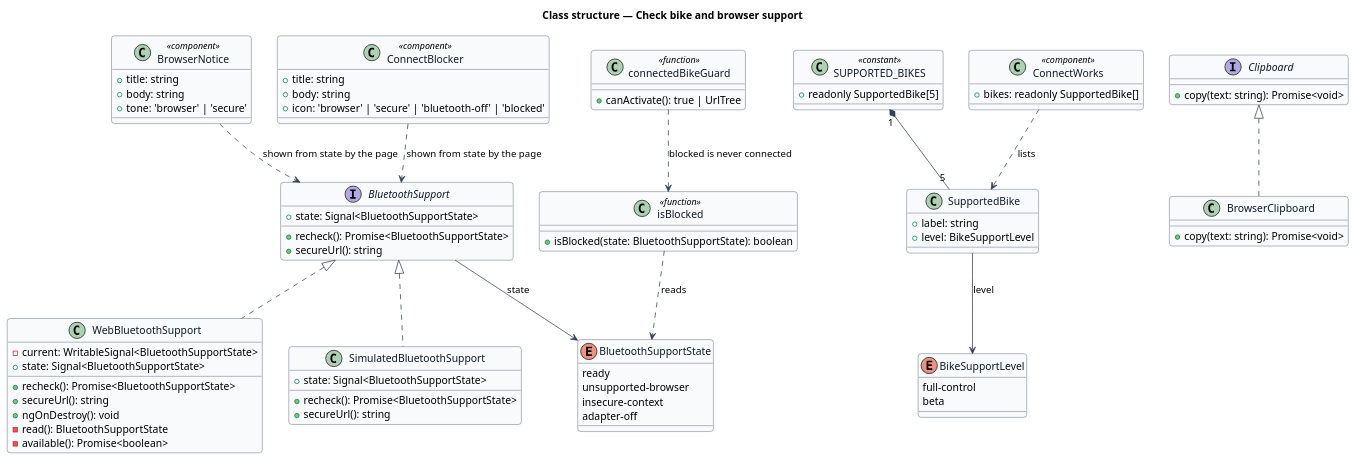
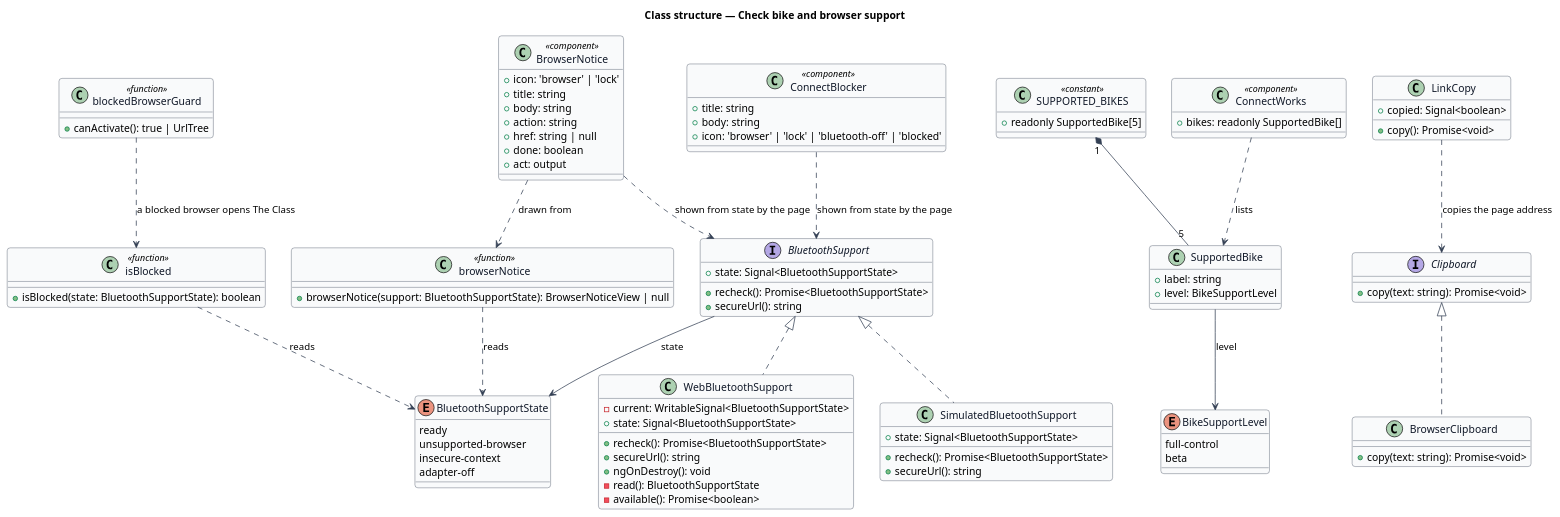
One commit to QuinntyneBrown/ride-one changed the diagram in docs/detailed-designs/bike/check-bike-and-browser-support/diagrams/class-structure.puml. Above: the diagram before and after it, drawn with PlantUML. The commit also changed 86 other files, not shown here.

First line of the commit message:
Slice 30.6: The Class in a blocked browser

```diff
--- a/docs/detailed-designs/bike/check-bike-and-browser-support/diagrams/class-structure.puml
+++ b/docs/detailed-designs/bike/check-bike-and-browser-support/diagrams/class-structure.puml
@@ -1,102 +1,118 @@
 @startuml
 ' --- shared skin header ---
 skinparam backgroundColor #FFFFFF
 skinparam shadowing false
 skinparam roundcorner 8
 skinparam defaultFontName Arial
 skinparam ArrowColor #344054
 skinparam class {
   BorderColor #344054
   FontColor #101828
   BackgroundColor #F9FAFB
 }
 ' --------------------------
 title Class structure — Check bike and browser support
 
 enum BluetoothSupportState {
   ready
   unsupported-browser
   insecure-context
   adapter-off
 }
 
 interface BluetoothSupport {
   +state: Signal<BluetoothSupportState>
   +recheck(): Promise<BluetoothSupportState>
   +secureUrl(): string
 }
 
 class WebBluetoothSupport {
   -current: WritableSignal<BluetoothSupportState>
   +state: Signal<BluetoothSupportState>
   +recheck(): Promise<BluetoothSupportState>
   +secureUrl(): string
   +ngOnDestroy(): void
   -read(): BluetoothSupportState
   -available(): Promise<boolean>
 }
 
 class SimulatedBluetoothSupport {
   +state: Signal<BluetoothSupportState>
   +recheck(): Promise<BluetoothSupportState>
   +secureUrl(): string
 }
 
 class "isBlocked" as isBlocked <<function>> {
   +isBlocked(state: BluetoothSupportState): boolean
 }
 
 enum BikeSupportLevel {
   full-control
   beta
 }
 
 class SupportedBike {
   +label: string
   +level: BikeSupportLevel
 }
 
 class "SUPPORTED_BIKES" as bikes <<constant>> {
   +readonly SupportedBike[5]
 }
 
 interface Clipboard {
   +copy(text: string): Promise<void>
 }
 
 class BrowserClipboard {
   +copy(text: string): Promise<void>
 }
 
 class BrowserNotice <<component>> {
+  +icon: 'browser' | 'lock'
   +title: string
   +body: string
-  +tone: 'browser' | 'secure'
+  +action: string
+  +href: string | null
+  +done: boolean
+  +act: output
+}
+
+class "browserNotice" as noticeHelper <<function>> {
+  +browserNotice(support: BluetoothSupportState): BrowserNoticeView | null
+}
+
+class LinkCopy {
+  +copied: Signal<boolean>
+  +copy(): Promise<void>
 }
 
 class ConnectBlocker <<component>> {
   +title: string
   +body: string
-  +icon: 'browser' | 'secure' | 'bluetooth-off' | 'blocked'
+  +icon: 'browser' | 'lock' | 'bluetooth-off' | 'blocked'
 }
 
 class ConnectWorks <<component>> {
   +bikes: readonly SupportedBike[]
 }
 
-class "connectedBikeGuard" as guard <<function>> {
+class "blockedBrowserGuard" as guard <<function>> {
   +canActivate(): true | UrlTree
 }
 
 BluetoothSupport <|.. WebBluetoothSupport
 BluetoothSupport <|.. SimulatedBluetoothSupport
 BluetoothSupport --> BluetoothSupportState : state
 isBlocked ..> BluetoothSupportState : reads
 Clipboard <|.. BrowserClipboard
 SupportedBike --> BikeSupportLevel : level
 bikes "1" *-- "5" SupportedBike
 ConnectWorks ..> SupportedBike : lists
 BrowserNotice ..> BluetoothSupport : shown from state by the page
 ConnectBlocker ..> BluetoothSupport : shown from state by the page
-guard ..> isBlocked : blocked is never connected
+guard ..> isBlocked : a blocked browser opens The Class
+noticeHelper ..> BluetoothSupportState : reads
+BrowserNotice ..> noticeHelper : drawn from
+LinkCopy ..> Clipboard : copies the page address
 @enduml
```
